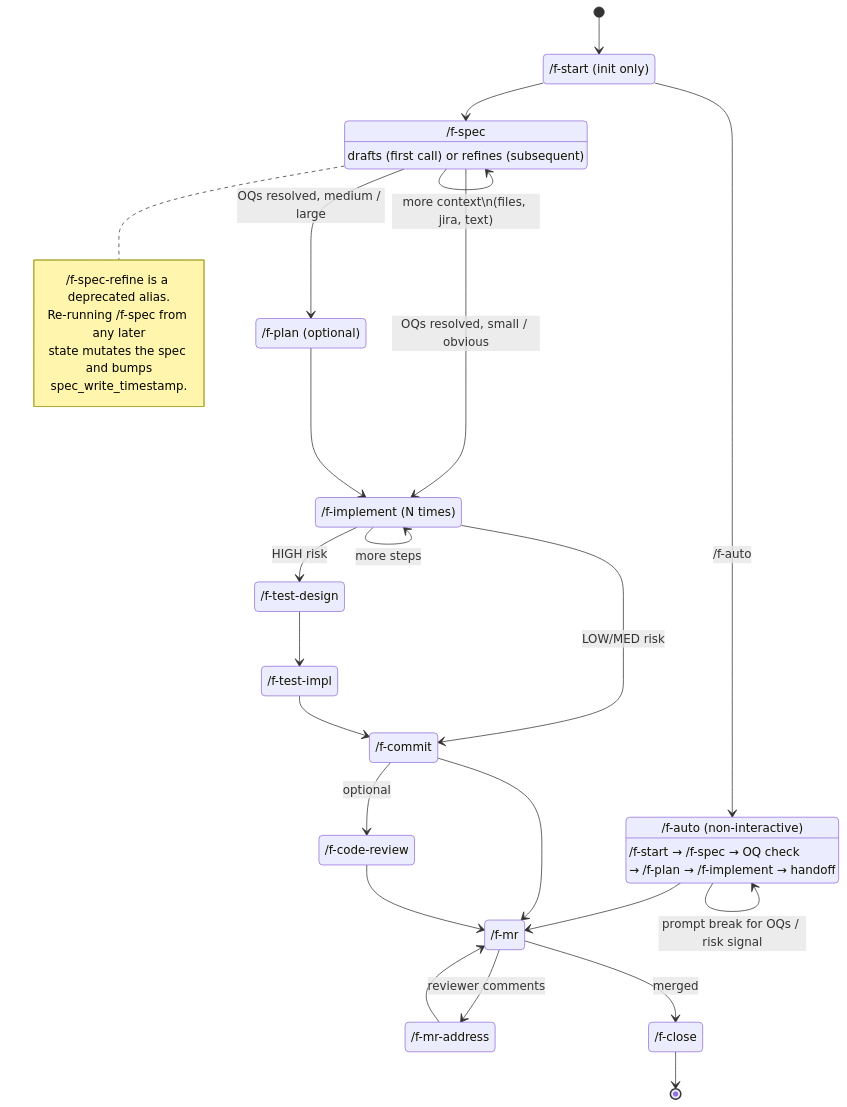
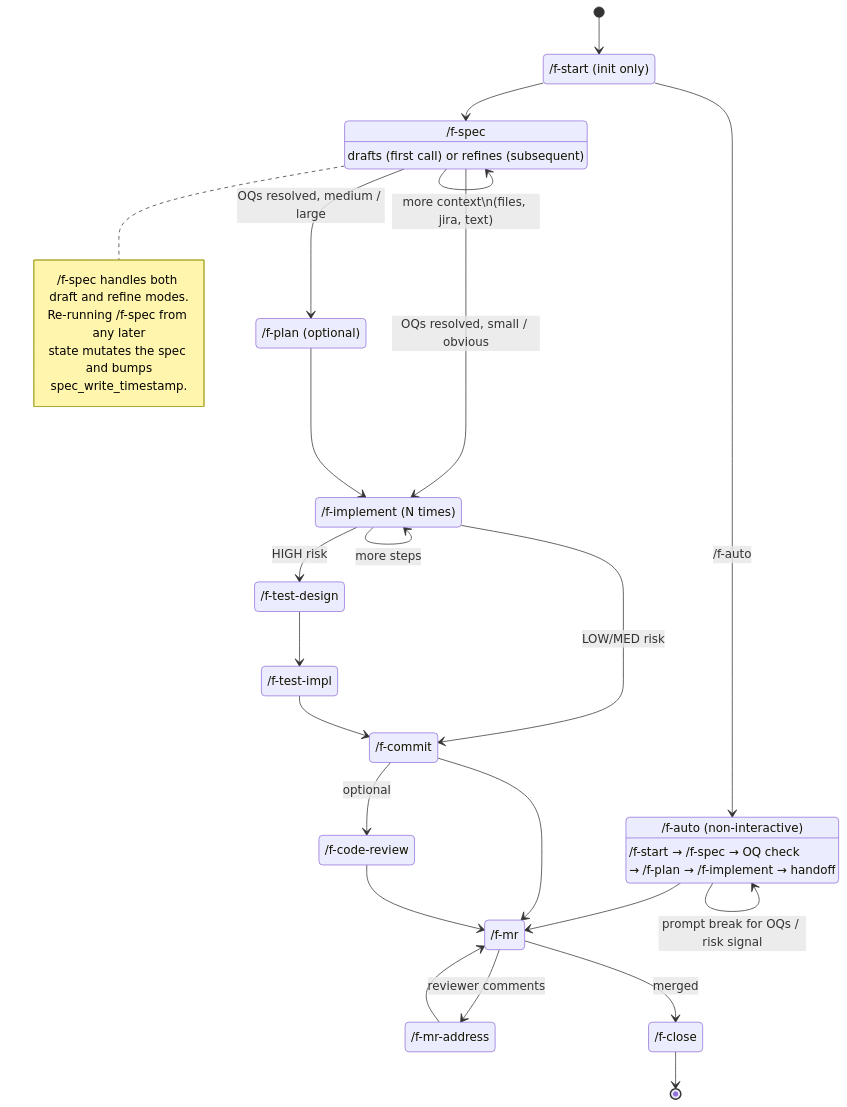
One commit to gatsby2008/open-sdd changed the first of 3 diagrams in docs/learning/sdd-state-diagrams.md. Above: the diagram before and after it, drawn with Mermaid. The commit also changed other lines of this file and 12 other files, not shown here.

Commit message:
chore: remove f-refine and align SDD docs/flows

````diff
--- a/docs/learning/sdd-state-diagrams.md
+++ b/docs/learning/sdd-state-diagrams.md
@@ -15,55 +15,55 @@
 ```mermaid
 stateDiagram-v2
     [*] --> Start
     Start: /f-start (init only)
     Start --> Spec
 
     Start --> Auto: /f-auto
     Auto: /f-auto (non-interactive)
     Auto: /f-start → /f-spec → OQ check
     Auto: → /f-plan → /f-implement → handoff
     Auto --> Auto: prompt break for OQs / risk signal
     Auto --> MR
 
     Spec: /f-spec
     Spec: drafts (first call) or refines (subsequent)
     Spec --> Spec: more context\n(files, jira, text)
     Spec --> Plan: OQs resolved, medium / large
     Spec --> Implement: OQs resolved, small / obvious
 
     Plan: /f-plan (optional)
     Plan --> Implement
 
     Implement: /f-implement (N times)
     Implement --> Implement: more steps
     Implement --> TestDesign: HIGH risk
     Implement --> Commit: LOW/MED risk
 
     TestDesign: /f-test-design
     TestImpl: /f-test-impl
     TestDesign --> TestImpl
     TestImpl --> Commit
 
     Commit: /f-commit
     Commit --> Review: optional
     Commit --> MR
 
     Review: /f-code-review
     Review --> MR
 
     MR: /f-mr
     MR --> Address: reviewer comments
     MR --> Close: merged
     Address: /f-mr-address
     Address --> MR
 
     Close: /f-close
     Close --> [*]
 
     note right of Spec
-        /f-spec-refine is a deprecated alias.
+        /f-spec handles both draft and refine modes.
         Re-running /f-spec from any later
         state mutates the spec and bumps
         spec_write_timestamp.
     end note
 ```
````
